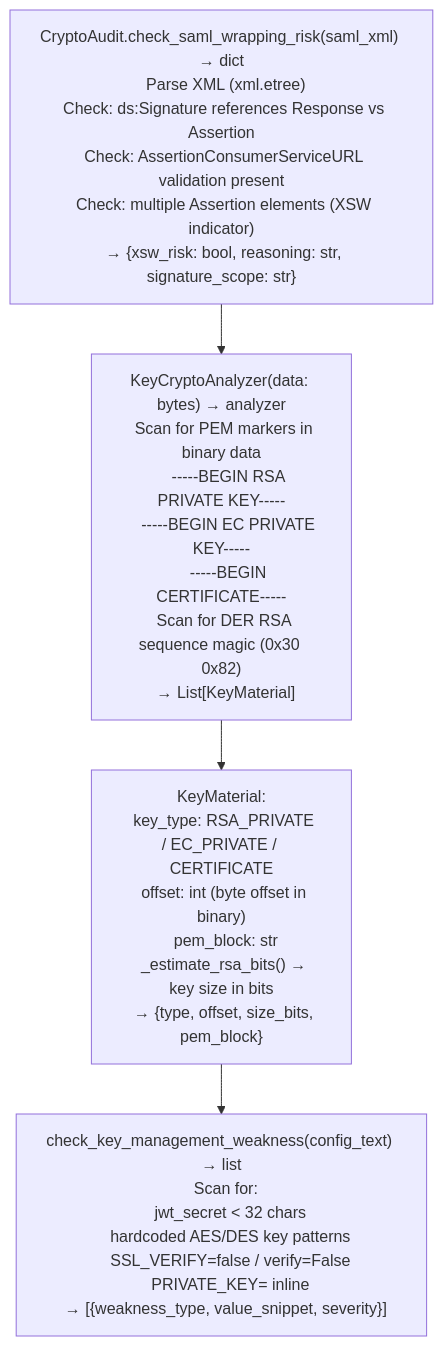
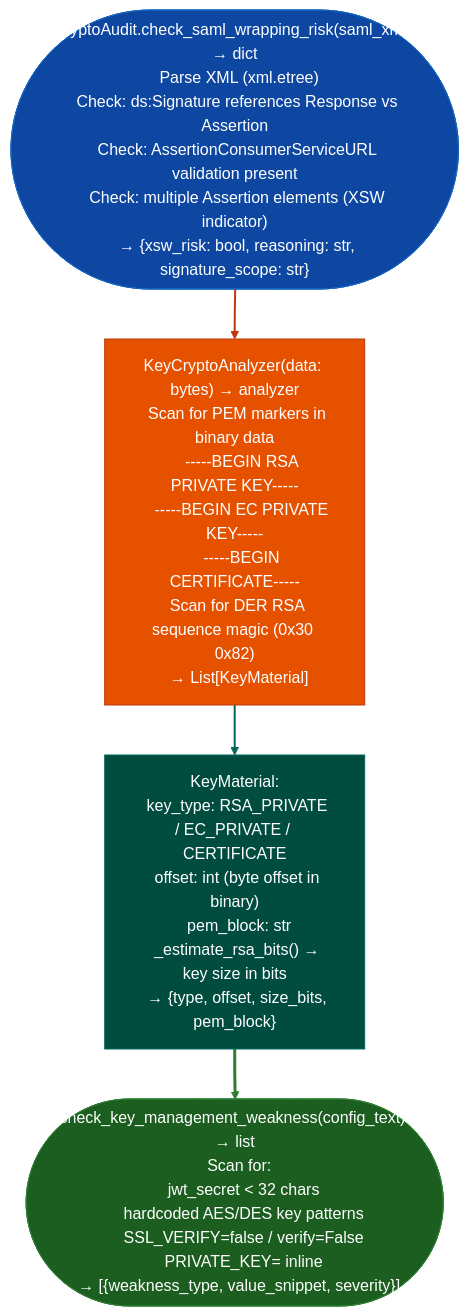
The diagram in docs/reference-modules/saml-and-key-material-review.md (Ablation-Tool/ablation), drawn with Mermaid before and after one commit. The commit also changed 320 other files, not shown here.

First line of the commit message:
docs: apply canonical Mermaid template to all 321 diagrams

````diff
--- a/docs/reference-modules/saml-and-key-material-review.md
+++ b/docs/reference-modules/saml-and-key-material-review.md
@@ -19,6 +19,15 @@
 ```mermaid
 flowchart TD
-    A["CryptoAudit.check_saml_wrapping_risk(saml_xml) → dict\n  Parse XML (xml.etree)\n  Check: ds:Signature references Response vs Assertion\n  Check: AssertionConsumerServiceURL validation present\n  Check: multiple Assertion elements (XSW indicator)\n  → {xsw_risk: bool, reasoning: str, signature_scope: str}"] --> B["KeyCryptoAnalyzer(data: bytes) → analyzer\n  Scan for PEM markers in binary data\n    -----BEGIN RSA PRIVATE KEY-----\n    -----BEGIN EC PRIVATE KEY-----\n    -----BEGIN CERTIFICATE-----\n  Scan for DER RSA sequence magic (0x30 0x82)\n  → List[KeyMaterial]"]
-    B --> C["KeyMaterial:\n  key_type: RSA_PRIVATE / EC_PRIVATE / CERTIFICATE\n  offset: int (byte offset in binary)\n  pem_block: str\n  _estimate_rsa_bits() → key size in bits\n  → {type, offset, size_bits, pem_block}"]
-    C --> D["check_key_management_weakness(config_text) → list\n  Scan for:\n    jwt_secret < 32 chars\n    hardcoded AES/DES key patterns\n    SSL_VERIFY=false / verify=False\n    PRIVATE_KEY= inline\n  → [{weakness_type, value_snippet, severity}]"]
+    A(["CryptoAudit.check_saml_wrapping_risk(saml_xml) → dict\n  Parse XML (xml.etree)\n  Check: ds:Signature references Response vs Assertion\n  Check: AssertionConsumerServiceURL validation present\n  Check: multiple Assertion elements (XSW indicator)\n  → {xsw_risk: bool, reasoning: str, signature_scope: str}"]):::input --> B["KeyCryptoAnalyzer(data: bytes) → analyzer\n  Scan for PEM markers in binary data\n    -----BEGIN RSA PRIVATE KEY-----\n    -----BEGIN EC PRIVATE KEY-----\n    -----BEGIN CERTIFICATE-----\n  Scan for DER RSA sequence magic (0x30 0x82)\n  → List[KeyMaterial]"]:::primary
+    B:::primary --> C["KeyMaterial:\n  key_type: RSA_PRIVATE / EC_PRIVATE / CERTIFICATE\n  offset: int (byte offset in binary)\n  pem_block: str\n  _estimate_rsa_bits() → key size in bits\n  → {type, offset, size_bits, pem_block}"]:::secondary
+    C:::secondary --> D(["check_key_management_weakness(config_text) → list\n  Scan for:\n    jwt_secret < 32 chars\n    hardcoded AES/DES key patterns\n    SSL_VERIFY=false / verify=False\n    PRIVATE_KEY= inline\n  → [{weakness_type, value_snippet, severity}]"]):::output
+    classDef input     fill:#0d47a1,stroke:#1565c0,color:#fff
+    classDef primary   fill:#e65100,stroke:#bf360c,color:#fff
+    classDef secondary fill:#004d40,stroke:#00695c,color:#fff
+    classDef tertiary  fill:#4a148c,stroke:#6a1b9a,color:#fff
+    classDef neutral   fill:#37474f,stroke:#546e7a,color:#fff
+    classDef output    fill:#1b5e20,stroke:#2e7d32,color:#fff
+    linkStyle 0 stroke:#bf360c,stroke-width:2px
+    linkStyle 1 stroke:#00695c,stroke-width:2px
+    linkStyle 2 stroke:#2e7d32,stroke-width:3px
 ```
````
